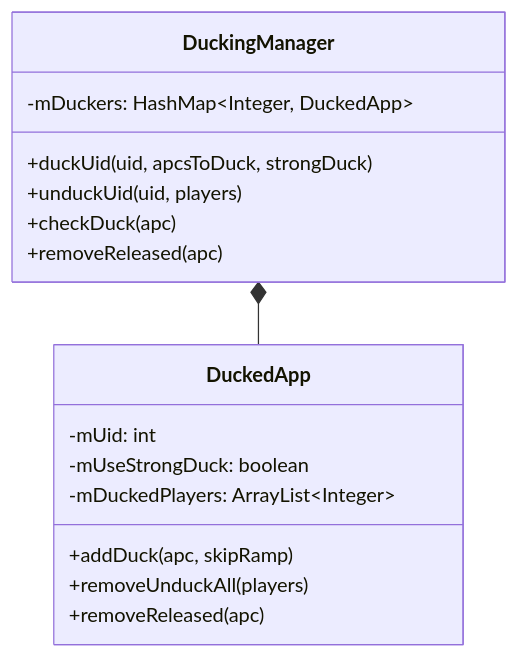
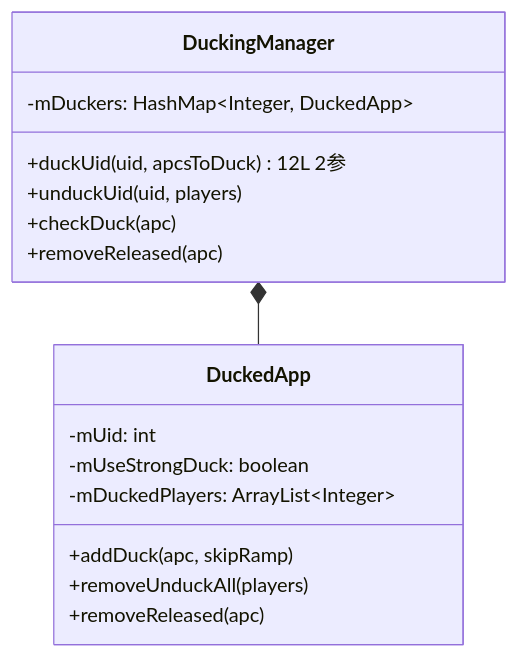
The fourth of 9 diagrams in 12_Audio_Focus_Deep_Dive/12_12.14_焦点与音量的联动机制.md (yanglinzhen1022/SA8295_AAOS_QNX_Audio_KnowledgeBase), drawn with Mermaid before and after one commit. The commit also changed other lines of this file and 14 other files, not shown here.

````diff
--- a/12_Audio_Focus_Deep_Dive/12_12.14_焦点与音量的联动机制.md
+++ b/12_Audio_Focus_Deep_Dive/12_12.14_焦点与音量的联动机制.md
@@ -316,19 +298,19 @@
 ```mermaid
 classDiagram
     class DuckingManager {
         -mDuckers: HashMap~Integer, DuckedApp~
-        +duckUid(uid, apcsToDuck, strongDuck)
+        +duckUid(uid, apcsToDuck) 12L 2参
         +unduckUid(uid, players)
         +checkDuck(apc)
         +removeReleased(apc)
     }
     class DuckedApp {
         -mUid: int
         -mUseStrongDuck: boolean
         -mDuckedPlayers: ArrayList~Integer~
         +addDuck(apc, skipRamp)
         +removeUnduckAll(players)
         +removeReleased(apc)
     }
     DuckingManager *-- DuckedApp
 ```
````
